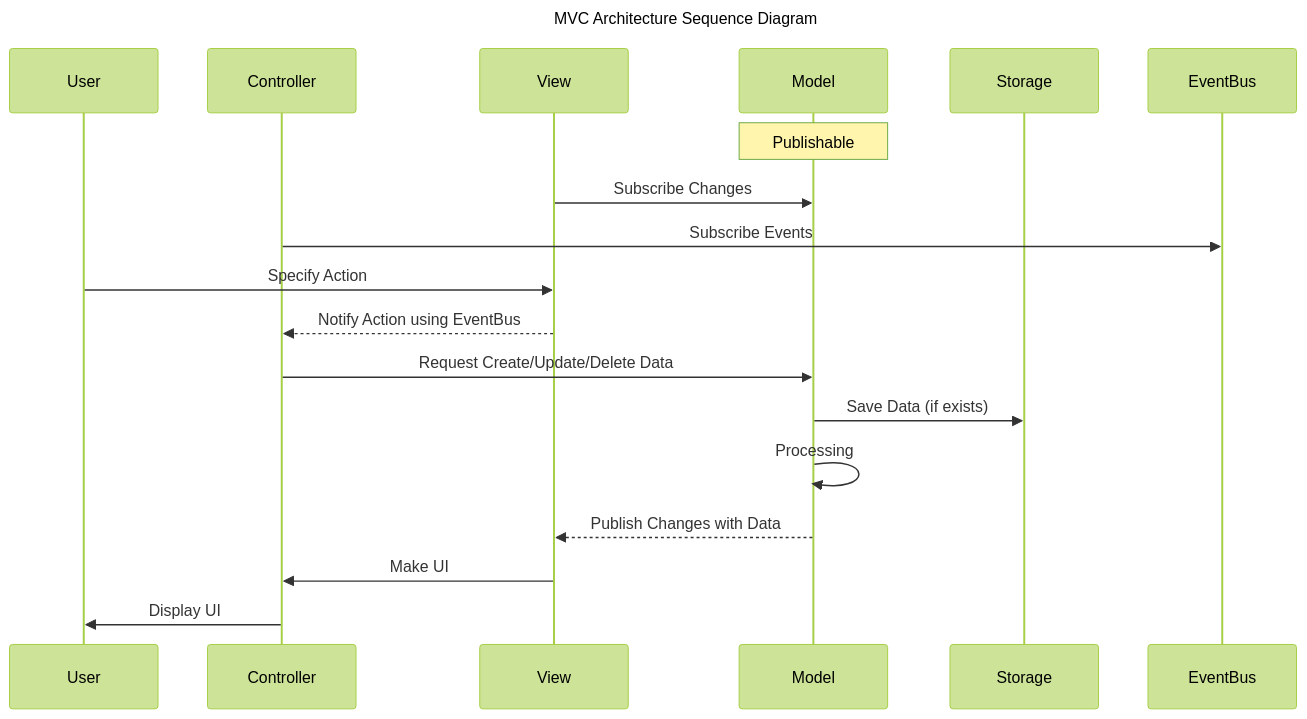
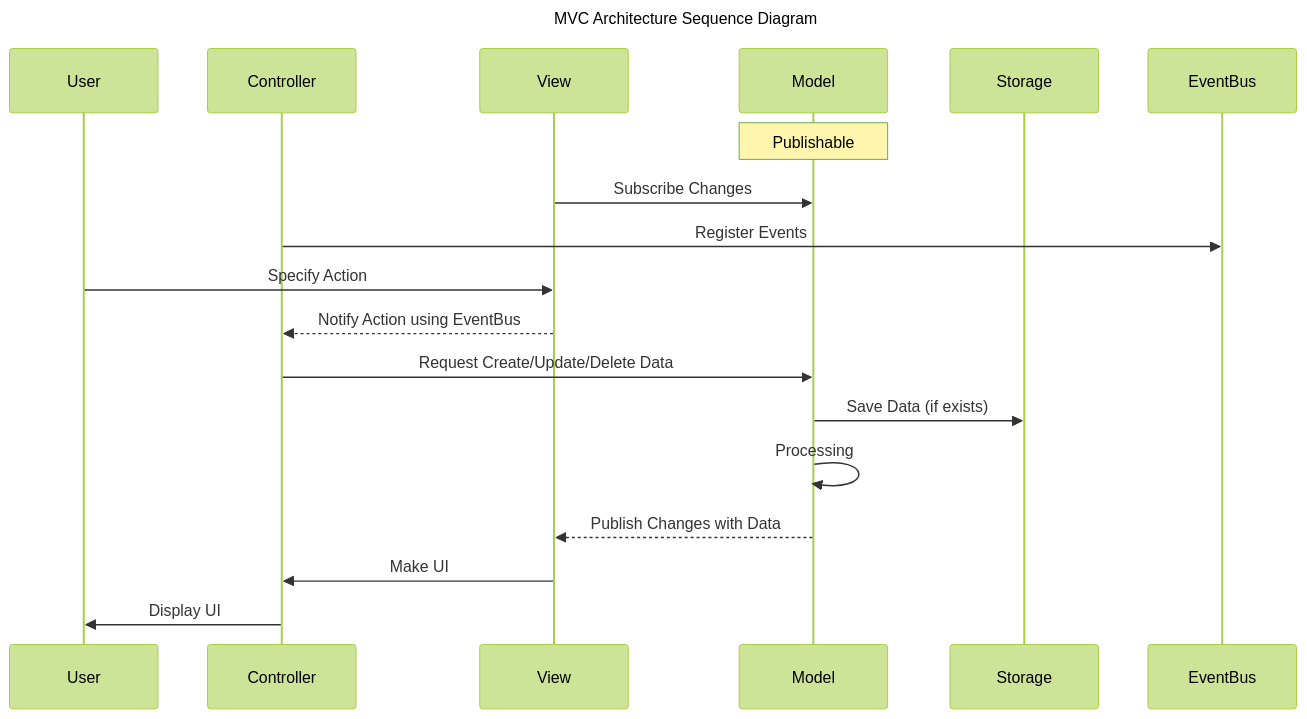
Before and after one commit to nbcamp/to-do-list: the second of 2 diagrams in README.md, drawn with Mermaid (forest theme). The commit also changed other lines of this file, not shown here.

````diff
--- a/README.md
+++ b/README.md
@@ -162,26 +147,26 @@
 ```mermaid
 ---
 title: MVC Architecture Sequence Diagram
 ---
 sequenceDiagram
 
 participant User
 participant Controller
 participant View
 participant Model
 participant Storage
 participant EventBus
 
 Note over Model: Publishable
 
 View->>Model: Subscribe Changes
-Controller->>EventBus: Subscribe Events
+Controller->>EventBus: Register Events
 User->>View: Specify Action
 View-->>Controller: Notify Action using EventBus
 Controller->>Model: Request Create/Update/Delete Data
 Model->>Storage: Save Data (if exists)
 Model->>Model: Processing
 Model-->>View: Publish Changes with Data
 View->>Controller: Make UI
 Controller->>User: Display UI
 ```
````
